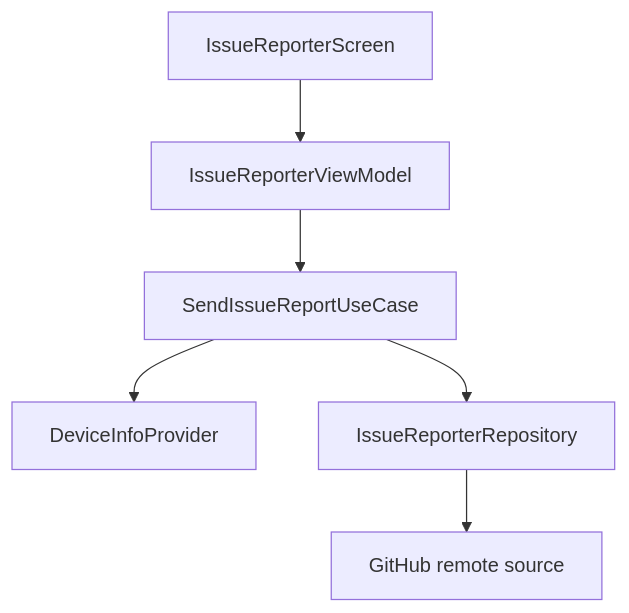
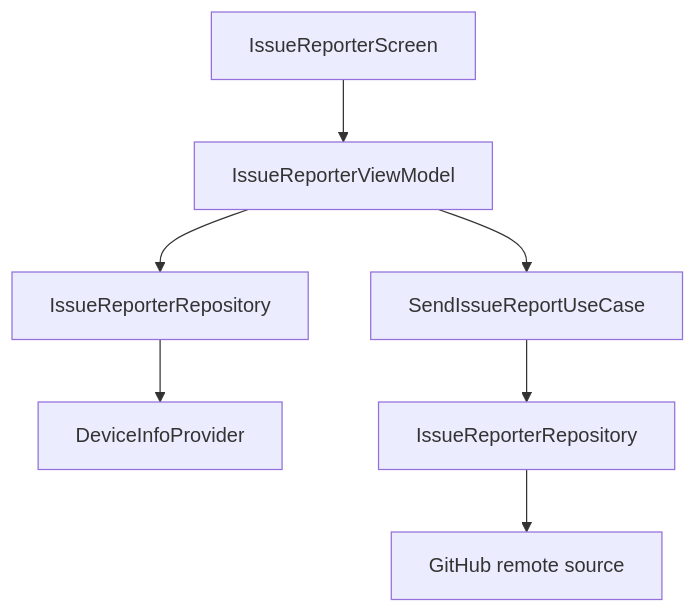
Before and after one commit to MihaiCristianCondrea/App-Toolkit-for-Android: the diagram in library/feature/issuereporter/README.md, drawn with Mermaid. The commit also changed other lines of this file and 19 other files, not shown here.

````diff
--- a/library/feature/issuereporter/README.md
+++ b/library/feature/issuereporter/README.md
@@ -31,8 +31,9 @@
 ```mermaid
 flowchart TD
     Screen[IssueReporterScreen] --> VM[IssueReporterViewModel]
     VM --> UseCase[SendIssueReportUseCase]
-    UseCase --> Device[DeviceInfoProvider]
+    VM --> Repo2[IssueReporterRepository]
+    Repo2 --> Device[DeviceInfoProvider]
     UseCase --> Repo[IssueReporterRepository]
     Repo --> Remote[GitHub remote source]
 ```
````
